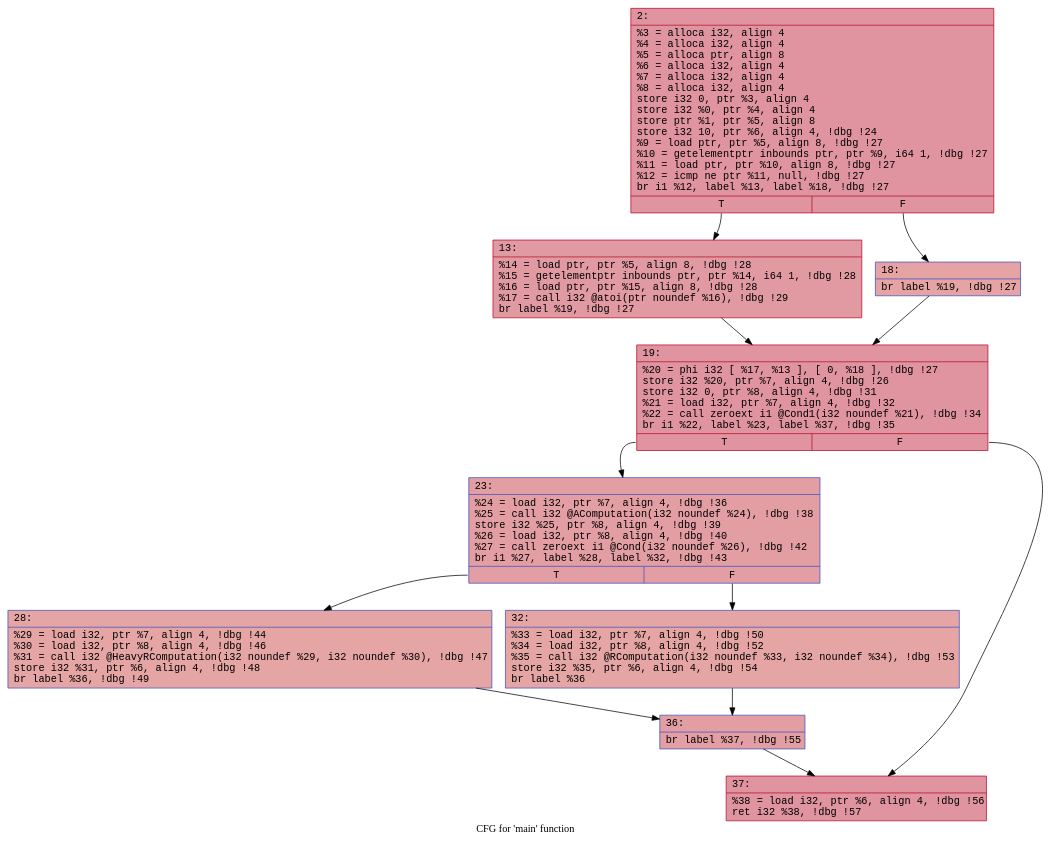
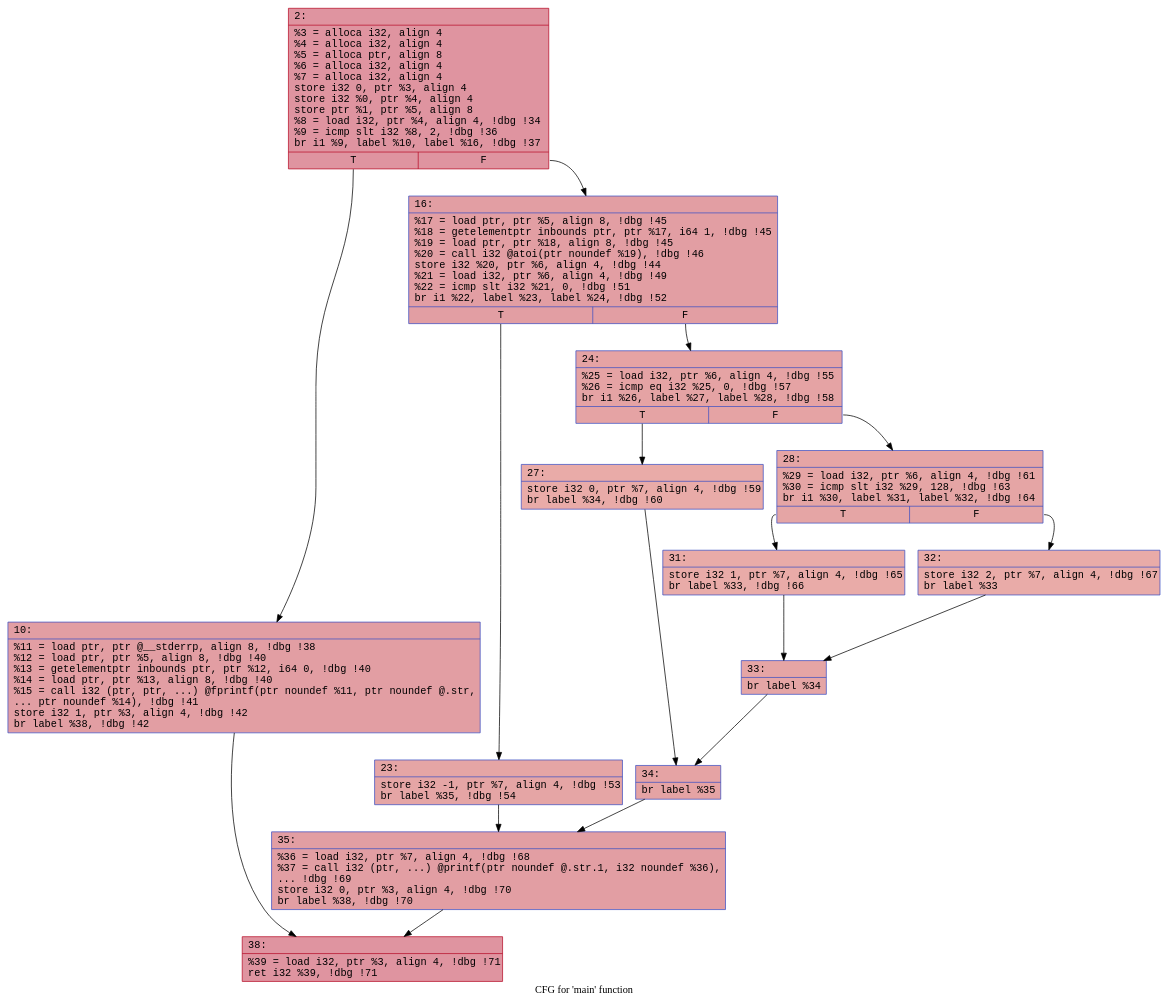
The diagram in llvm/feli/cfgs/mainOP.dot (FelicitasGarcia/MimicryMonitor), drawn with Graphviz before and after one commit. The commit also changed 46 other files, not shown here.

```diff
--- a/llvm/feli/cfgs/mainOP.dot
+++ b/llvm/feli/cfgs/mainOP.dot
@@ -1,24 +1,33 @@
 digraph "CFG for 'main' function" {
 	label="CFG for 'main' function";
 
-	Node0x6000027d09b0 [shape=record,color="#b70d28ff", style=filled, fillcolor="#b70d2870" fontname="Courier",label="{2:\l|  %3 = alloca i32, align 4\l  %4 = alloca i32, align 4\l  %5 = alloca ptr, align 8\l  %6 = alloca i32, align 4\l  %7 = alloca i32, align 4\l  %8 = alloca i32, align 4\l  store i32 0, ptr %3, align 4\l  store i32 %0, ptr %4, align 4\l  store ptr %1, ptr %5, align 8\l  store i32 10, ptr %6, align 4, !dbg !24\l  %9 = load ptr, ptr %5, align 8, !dbg !27\l  %10 = getelementptr inbounds ptr, ptr %9, i64 1, !dbg !27\l  %11 = load ptr, ptr %10, align 8, !dbg !27\l  %12 = icmp ne ptr %11, null, !dbg !27\l  br i1 %12, label %13, label %18, !dbg !27\l|{<s0>T|<s1>F}}"];
-	Node0x6000027d09b0:s0 -> Node0x6000027d0a50;
-	Node0x6000027d09b0:s1 -> Node0x6000027d0aa0;
-	Node0x6000027d0a50 [shape=record,color="#b70d28ff", style=filled, fillcolor="#bb1b2c70" fontname="Courier",label="{13:\l|  %14 = load ptr, ptr %5, align 8, !dbg !28\l  %15 = getelementptr inbounds ptr, ptr %14, i64 1, !dbg !28\l  %16 = load ptr, ptr %15, align 8, !dbg !28\l  %17 = call i32 @atoi(ptr noundef %16), !dbg !29\l  br label %19, !dbg !27\l}"];
-	Node0x6000027d0a50 -> Node0x6000027d0b40;
-	Node0x6000027d0aa0 [shape=record,color="#3d50c3ff", style=filled, fillcolor="#c32e3170" fontname="Courier",label="{18:\l|  br label %19, !dbg !27\l}"];
-	Node0x6000027d0aa0 -> Node0x6000027d0b40;
-	Node0x6000027d0b40 [shape=record,color="#b70d28ff", style=filled, fillcolor="#b70d2870" fontname="Courier",label="{19:\l|  %20 = phi i32 [ %17, %13 ], [ 0, %18 ], !dbg !27\l  store i32 %20, ptr %7, align 4, !dbg !26\l  store i32 0, ptr %8, align 4, !dbg !31\l  %21 = load i32, ptr %7, align 4, !dbg !32\l  %22 = call zeroext i1 @Cond1(i32 noundef %21), !dbg !34\l  br i1 %22, label %23, label %37, !dbg !35\l|{<s0>T|<s1>F}}"];
-	Node0x6000027d0b40:s0 -> Node0x6000027d0c30;
-	Node0x6000027d0b40:s1 -> Node0x6000027d0c80;
-	Node0x6000027d0c30 [shape=record,color="#3d50c3ff", style=filled, fillcolor="#be242e70" fontname="Courier",label="{23:\l|  %24 = load i32, ptr %7, align 4, !dbg !36\l  %25 = call i32 @AComputation(i32 noundef %24), !dbg !38\l  store i32 %25, ptr %8, align 4, !dbg !39\l  %26 = load i32, ptr %8, align 4, !dbg !40\l  %27 = call zeroext i1 @Cond(i32 noundef %26), !dbg !42\l  br i1 %27, label %28, label %32, !dbg !43\l|{<s0>T|<s1>F}}"];
-	Node0x6000027d0c30:s0 -> Node0x6000027d0d70;
-	Node0x6000027d0c30:s1 -> Node0x6000027d0dc0;
-	Node0x6000027d0d70 [shape=record,color="#3d50c3ff", style=filled, fillcolor="#c5333470" fontname="Courier",label="{28:\l|  %29 = load i32, ptr %7, align 4, !dbg !44\l  %30 = load i32, ptr %8, align 4, !dbg !46\l  %31 = call i32 @HeavyRComputation(i32 noundef %29, i32 noundef %30), !dbg !47\l  store i32 %31, ptr %6, align 4, !dbg !48\l  br label %36, !dbg !49\l}"];
-	Node0x6000027d0d70 -> Node0x6000027d0e60;
-	Node0x6000027d0dc0 [shape=record,color="#3d50c3ff", style=filled, fillcolor="#c5333470" fontname="Courier",label="{32:\l|  %33 = load i32, ptr %7, align 4, !dbg !50\l  %34 = load i32, ptr %8, align 4, !dbg !52\l  %35 = call i32 @RComputation(i32 noundef %33, i32 noundef %34), !dbg !53\l  store i32 %35, ptr %6, align 4, !dbg !54\l  br label %36\l}"];
-	Node0x6000027d0dc0 -> Node0x6000027d0e60;
-	Node0x6000027d0e60 [shape=record,color="#3d50c3ff", style=filled, fillcolor="#be242e70" fontname="Courier",label="{36:\l|  br label %37, !dbg !55\l}"];
-	Node0x6000027d0e60 -> Node0x6000027d0c80;
-	Node0x6000027d0c80 [shape=record,color="#b70d28ff", style=filled, fillcolor="#b70d2870" fontname="Courier",label="{37:\l|  %38 = load i32, ptr %6, align 4, !dbg !56\l  ret i32 %38, !dbg !57\l}"];
+	Node0x6000008cc9b0 [shape=record,color="#b70d28ff", style=filled, fillcolor="#b70d2870" fontname="Courier",label="{2:\l|  %3 = alloca i32, align 4\l  %4 = alloca i32, align 4\l  %5 = alloca ptr, align 8\l  %6 = alloca i32, align 4\l  %7 = alloca i32, align 4\l  store i32 0, ptr %3, align 4\l  store i32 %0, ptr %4, align 4\l  store ptr %1, ptr %5, align 8\l  %8 = load i32, ptr %4, align 4, !dbg !34\l  %9 = icmp slt i32 %8, 2, !dbg !36\l  br i1 %9, label %10, label %16, !dbg !37\l|{<s0>T|<s1>F}}"];
+	Node0x6000008cc9b0:s0 -> Node0x6000008cca50;
+	Node0x6000008cc9b0:s1 -> Node0x6000008ccaa0;
+	Node0x6000008cca50 [shape=record,color="#3d50c3ff", style=filled, fillcolor="#be242e70" fontname="Courier",label="{10:\l|  %11 = load ptr, ptr @__stderrp, align 8, !dbg !38\l  %12 = load ptr, ptr %5, align 8, !dbg !40\l  %13 = getelementptr inbounds ptr, ptr %12, i64 0, !dbg !40\l  %14 = load ptr, ptr %13, align 8, !dbg !40\l  %15 = call i32 (ptr, ptr, ...) @fprintf(ptr noundef %11, ptr noundef @.str,\l... ptr noundef %14), !dbg !41\l  store i32 1, ptr %3, align 4, !dbg !42\l  br label %38, !dbg !42\l}"];
+	Node0x6000008cca50 -> Node0x6000008ccb40;
+	Node0x6000008ccaa0 [shape=record,color="#3d50c3ff", style=filled, fillcolor="#be242e70" fontname="Courier",label="{16:\l|  %17 = load ptr, ptr %5, align 8, !dbg !45\l  %18 = getelementptr inbounds ptr, ptr %17, i64 1, !dbg !45\l  %19 = load ptr, ptr %18, align 8, !dbg !45\l  %20 = call i32 @atoi(ptr noundef %19), !dbg !46\l  store i32 %20, ptr %6, align 4, !dbg !44\l  %21 = load i32, ptr %6, align 4, !dbg !49\l  %22 = icmp slt i32 %21, 0, !dbg !51\l  br i1 %22, label %23, label %24, !dbg !52\l|{<s0>T|<s1>F}}"];
+	Node0x6000008ccaa0:s0 -> Node0x6000008ccbe0;
+	Node0x6000008ccaa0:s1 -> Node0x6000008ccc30;
+	Node0x6000008ccbe0 [shape=record,color="#3d50c3ff", style=filled, fillcolor="#c5333470" fontname="Courier",label="{23:\l|  store i32 -1, ptr %7, align 4, !dbg !53\l  br label %35, !dbg !54\l}"];
+	Node0x6000008ccbe0 -> Node0x6000008ccc80;
+	Node0x6000008ccc30 [shape=record,color="#3d50c3ff", style=filled, fillcolor="#c32e3170" fontname="Courier",label="{24:\l|  %25 = load i32, ptr %6, align 4, !dbg !55\l  %26 = icmp eq i32 %25, 0, !dbg !57\l  br i1 %26, label %27, label %28, !dbg !58\l|{<s0>T|<s1>F}}"];
+	Node0x6000008ccc30:s0 -> Node0x6000008cccd0;
+	Node0x6000008ccc30:s1 -> Node0x6000008ccd20;
+	Node0x6000008cccd0 [shape=record,color="#3d50c3ff", style=filled, fillcolor="#cc403a70" fontname="Courier",label="{27:\l|  store i32 0, ptr %7, align 4, !dbg !59\l  br label %34, !dbg !60\l}"];
+	Node0x6000008cccd0 -> Node0x6000008ccd70;
+	Node0x6000008ccd20 [shape=record,color="#3d50c3ff", style=filled, fillcolor="#c5333470" fontname="Courier",label="{28:\l|  %29 = load i32, ptr %6, align 4, !dbg !61\l  %30 = icmp slt i32 %29, 128, !dbg !63\l  br i1 %30, label %31, label %32, !dbg !64\l|{<s0>T|<s1>F}}"];
+	Node0x6000008ccd20:s0 -> Node0x6000008ccdc0;
+	Node0x6000008ccd20:s1 -> Node0x6000008cce10;
+	Node0x6000008ccdc0 [shape=record,color="#3d50c3ff", style=filled, fillcolor="#cc403a70" fontname="Courier",label="{31:\l|  store i32 1, ptr %7, align 4, !dbg !65\l  br label %33, !dbg !66\l}"];
+	Node0x6000008ccdc0 -> Node0x6000008cce60;
+	Node0x6000008cce10 [shape=record,color="#3d50c3ff", style=filled, fillcolor="#cc403a70" fontname="Courier",label="{32:\l|  store i32 2, ptr %7, align 4, !dbg !67\l  br label %33\l}"];
+	Node0x6000008cce10 -> Node0x6000008cce60;
+	Node0x6000008cce60 [shape=record,color="#3d50c3ff", style=filled, fillcolor="#c5333470" fontname="Courier",label="{33:\l|  br label %34\l}"];
+	Node0x6000008cce60 -> Node0x6000008ccd70;
+	Node0x6000008ccd70 [shape=record,color="#3d50c3ff", style=filled, fillcolor="#c32e3170" fontname="Courier",label="{34:\l|  br label %35\l}"];
+	Node0x6000008ccd70 -> Node0x6000008ccc80;
+	Node0x6000008ccc80 [shape=record,color="#3d50c3ff", style=filled, fillcolor="#be242e70" fontname="Courier",label="{35:\l|  %36 = load i32, ptr %7, align 4, !dbg !68\l  %37 = call i32 (ptr, ...) @printf(ptr noundef @.str.1, i32 noundef %36),\l... !dbg !69\l  store i32 0, ptr %3, align 4, !dbg !70\l  br label %38, !dbg !70\l}"];
+	Node0x6000008ccc80 -> Node0x6000008ccb40;
+	Node0x6000008ccb40 [shape=record,color="#b70d28ff", style=filled, fillcolor="#b70d2870" fontname="Courier",label="{38:\l|  %39 = load i32, ptr %3, align 4, !dbg !71\l  ret i32 %39, !dbg !71\l}"];
 }
```
